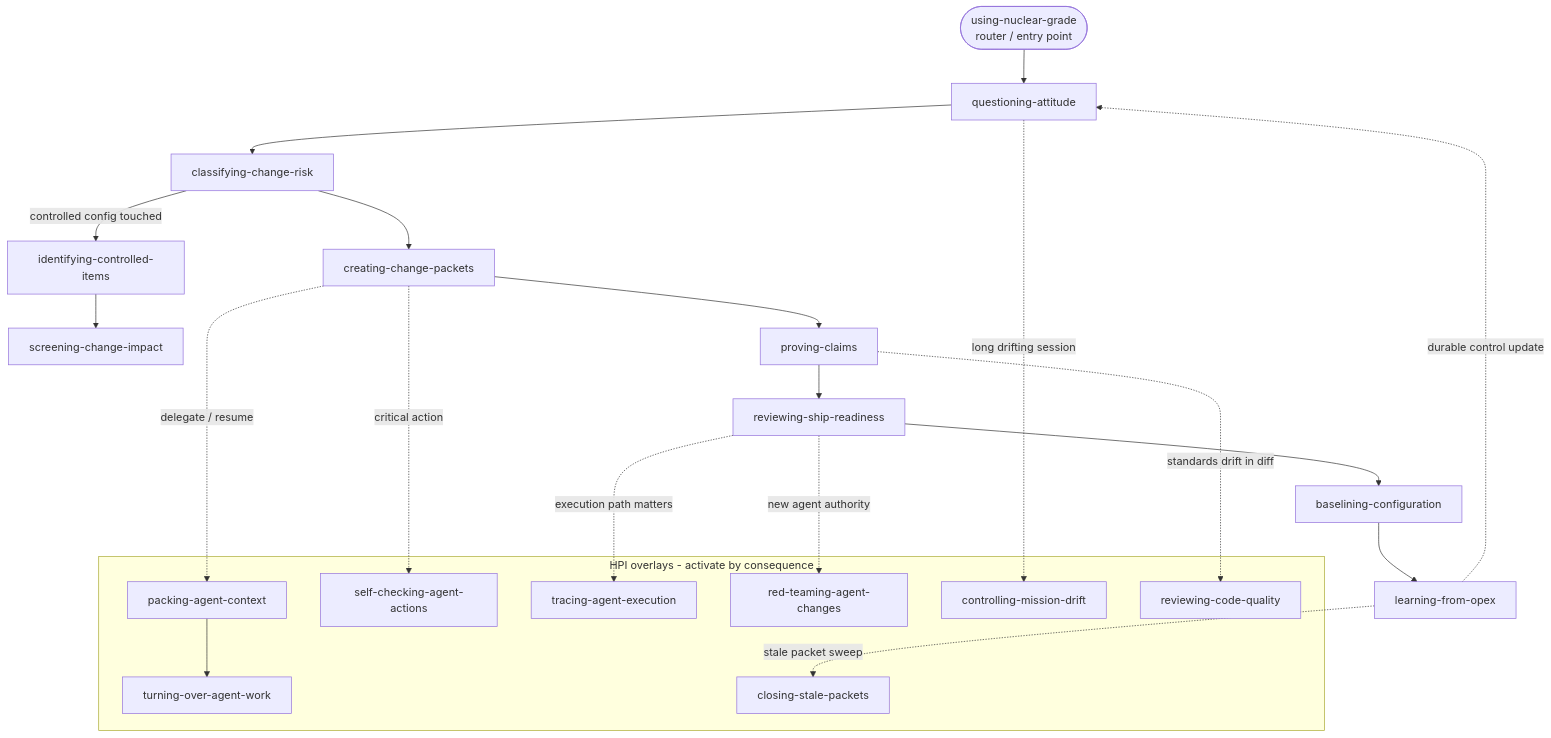
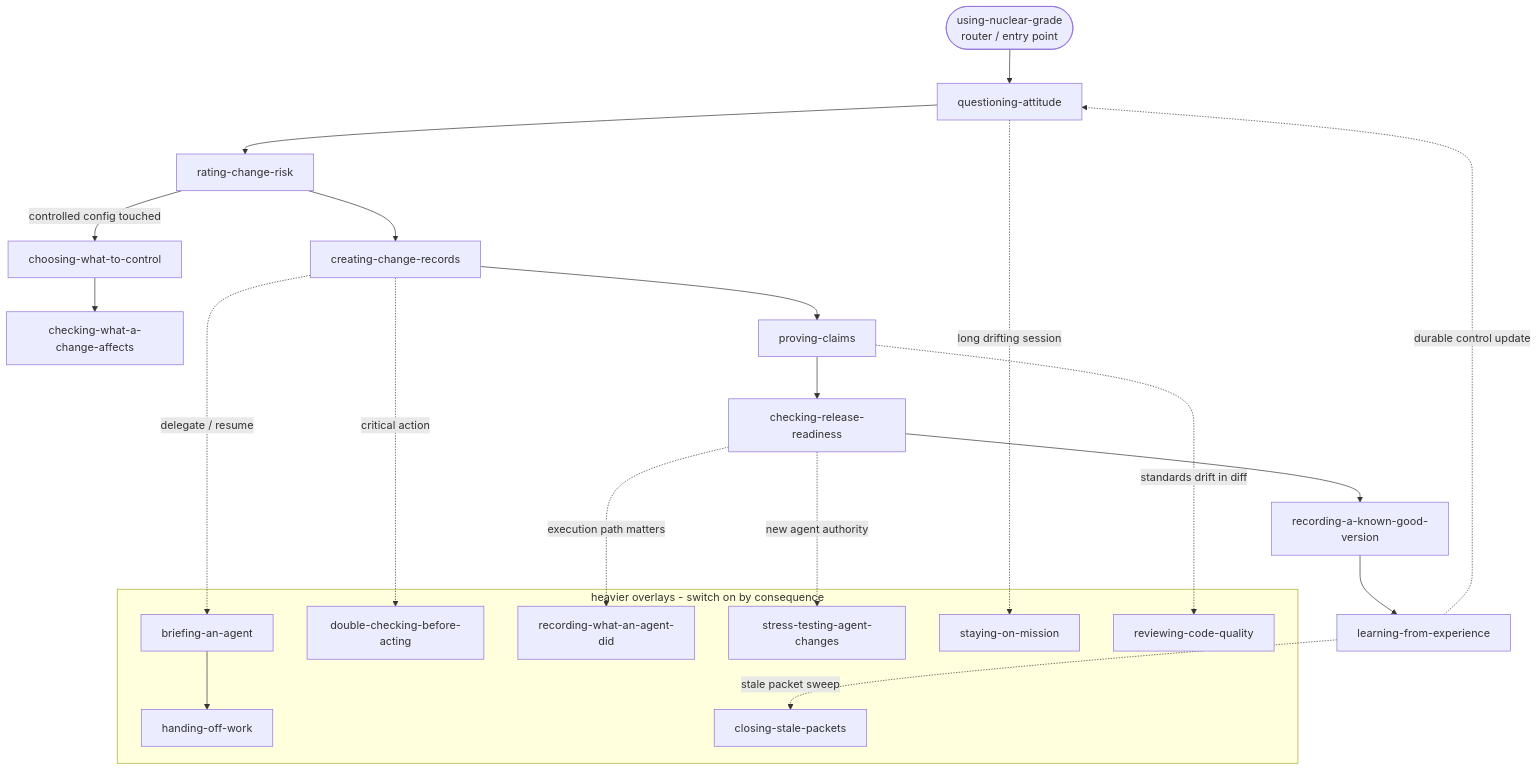
The diagram in SKILLS.md (FlyFission/nuclear-grade-context-engineering), drawn with Mermaid before and after one commit. The commit also changed other lines of this file and 218 other files, not shown here.

````diff
--- a/SKILLS.md
+++ b/SKILLS.md
@@ -37,34 +37,34 @@
 ```mermaid
 flowchart TD
     UNG([using-nuclear-grade<br/>router / entry point])
     UNG --> QA[questioning-attitude]
-    QA --> CCR[classifying-change-risk]
-    CCR -->|controlled config touched| ICI[identifying-controlled-items]
-    CCR --> CCP[creating-change-packets]
-    ICI --> SCI[screening-change-impact]
+    QA --> CCR[rating-change-risk]
+    CCR -->|controlled config touched| ICI[choosing-what-to-control]
+    CCR --> CCP[creating-change-records]
+    ICI --> SCI[checking-what-a-change-affects]
     CCP --> PC[proving-claims]
-    PC --> RSR[reviewing-ship-readiness]
-    RSR --> BC[baselining-configuration]
-    BC --> LFO[learning-from-opex]
+    PC --> RSR[checking-release-readiness]
+    RSR --> BC[recording-a-known-good-version]
+    BC --> LFO[learning-from-experience]
     LFO -.durable control update.-> QA
 
-    subgraph overlays[HPI overlays - activate by consequence]
-      PAC[packing-agent-context]
-      TOW[turning-over-agent-work]
-      SCA[self-checking-agent-actions]
-      TAE[tracing-agent-execution]
-      RTA[red-teaming-agent-changes]
-      CMD[controlling-mission-drift]
+    subgraph overlays[heavier overlays - switch on by consequence]
+      PAC[briefing-an-agent]
+      TOW[handing-off-work]
+      SCA[double-checking-before-acting]
+      TAE[recording-what-an-agent-did]
+      RTA[stress-testing-agent-changes]
+      CMD[staying-on-mission]
       RCQ[reviewing-code-quality]
       CSP[closing-stale-packets]
     end
 
     CCP -.delegate / resume.-> PAC
     PAC --> TOW
     CCP -.critical action.-> SCA
     RSR -.new agent authority.-> RTA
     RSR -.execution path matters.-> TAE
     QA -.long drifting session.-> CMD
     PC -.standards drift in diff.-> RCQ
     LFO -.stale packet sweep.-> CSP
 ```
````
